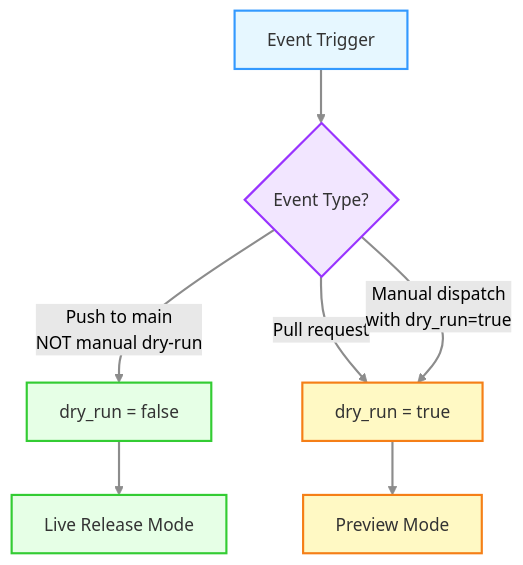
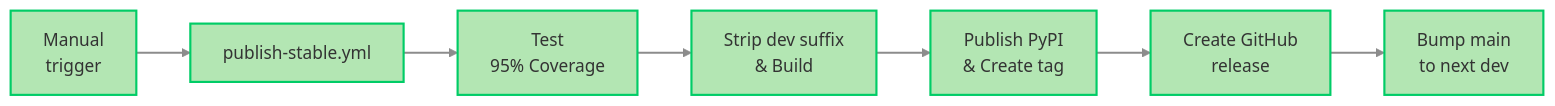
Before and after one commit to minouris/spafw37: the third of 17 diagrams in .github/RELEASE_PROCESS.md, drawn with Mermaid (forest theme). The commit also changed other lines of this file and 4 other files, not shown here.

````diff
--- a/.github/RELEASE_PROCESS.md
+++ b/.github/RELEASE_PROCESS.md
@@ -231,22 +143,13 @@
 ```mermaid
-flowchart TD
-    A[Event Trigger] --> B{Event Type?}
-    B -->|Push to main<br/>NOT manual dry-run| C[dry_run = false]
-    B -->|Pull request| D[dry_run = true]
-    B -->|Manual dispatch<br/>with dry_run=true| D
+graph LR
+    L["Manual<br/>trigger"] --> M["publish-stable.yml"]
+    M --> N["Test<br/>95% Coverage"]
+    N --> O["Strip dev suffix<br/>& Build"]
+    O --> P["Publish PyPI<br/>& Create tag"]
+    P --> Q["Create GitHub<br/>release"]
+    Q --> R["Bump main<br/>to next dev"]
     
-    C --> E[Live Release Mode]
-    D --> F[Preview Mode]
-    
-    classDef triggerStyle fill:#e6f7ff,stroke:#3399ff,stroke-width:2px,color:#333
-    classDef decisionStyle fill:#f2e6ff,stroke:#9933ff,stroke-width:2px,color:#333
-    classDef liveStyle fill:#e6ffe6,stroke:#33cc33,stroke-width:2px,color:#333
-    classDef previewStyle fill:#fff9c4,stroke:#f57f17,stroke-width:2px,color:#333
-    
-    class A triggerStyle
-    class B decisionStyle
-    class C,E liveStyle
-    class D,F previewStyle
-    
+    classDef stableStyle fill:#b3e6b3,stroke:#00cc66,stroke-width:2px,color:#333
+    class L,M,N,O,P,Q,R stableStyle
     linkStyle default stroke:#8c8c8c,stroke-width:2px
 ```
````
